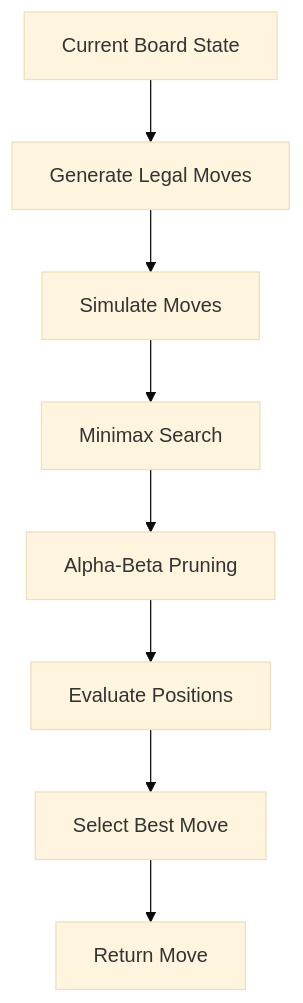
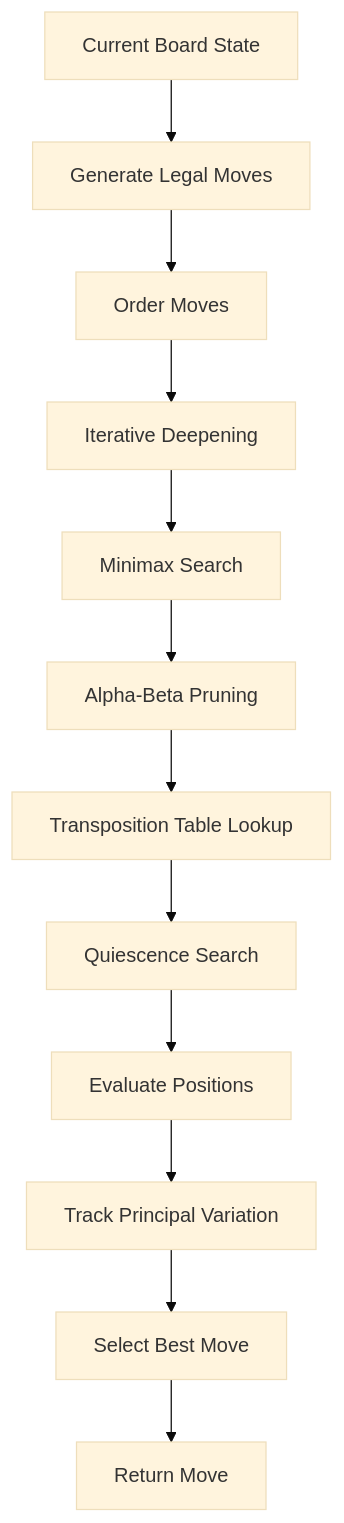
The second of 2 diagrams in README.md (Nomusa990822/Chess-AI), drawn with Mermaid (base theme) before and after one commit. The commit also changed other lines of this file, not shown here.

````diff
--- a/README.md
+++ b/README.md
@@ -100,17 +141,18 @@
 ```mermaid
 flowchart TD
+    A[Current Board State] --> B[Generate Legal Moves]
+    B --> C[Order Moves]
 
-A[Current Board State] --> B[Generate Legal Moves]
+    C --> D[Iterative Deepening]
+    D --> E[Minimax Search]
 
-B --> C[Simulate Moves]
+    E --> F[Alpha-Beta Pruning]
+    F --> G[Transposition Table Lookup]
 
-C --> D[Minimax Search]
+    G --> H[Quiescence Search]
+    H --> I[Evaluate Positions]
 
-D --> E[Alpha-Beta Pruning]
-
-E --> F[Evaluate Positions]
-
-F --> G[Select Best Move]
-
-G --> H[Return Move]
+    I --> J[Track Principal Variation]
+    J --> K[Select Best Move]
+    K --> L[Return Move]
 ```
````
